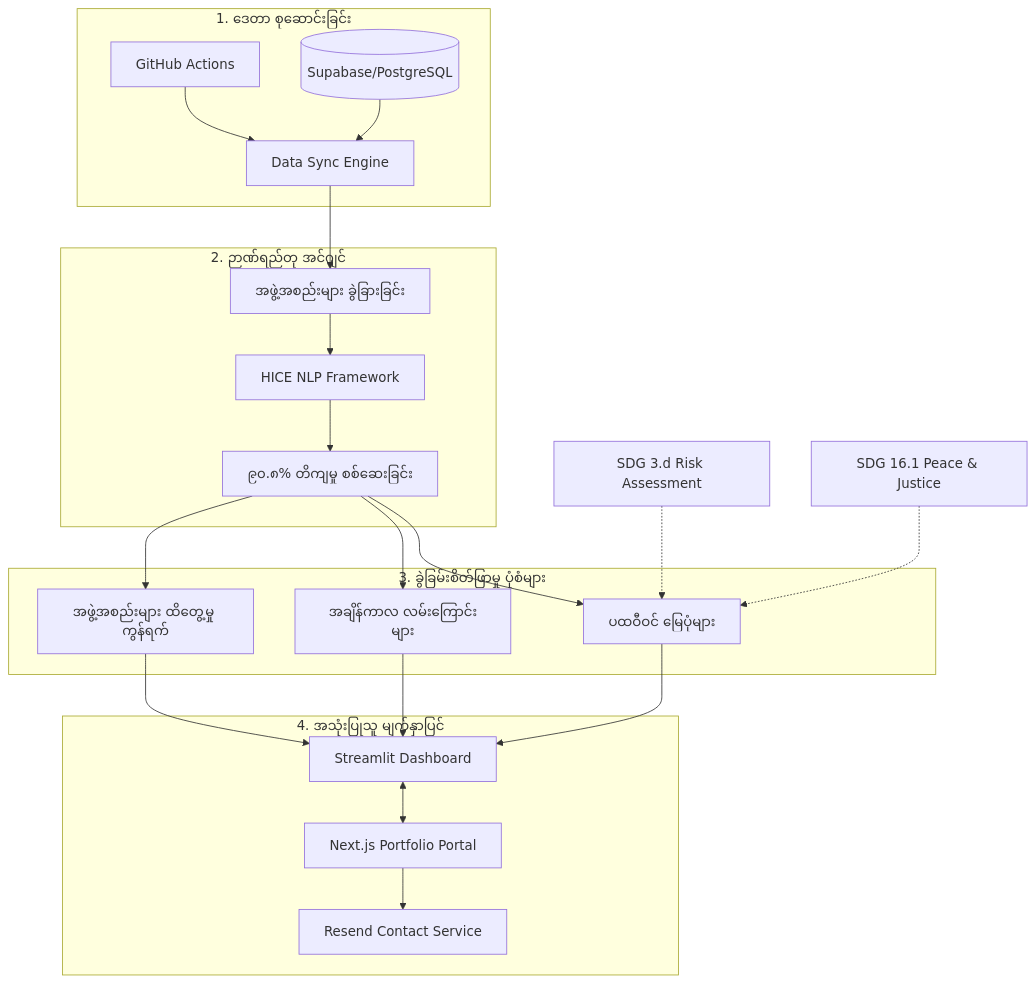
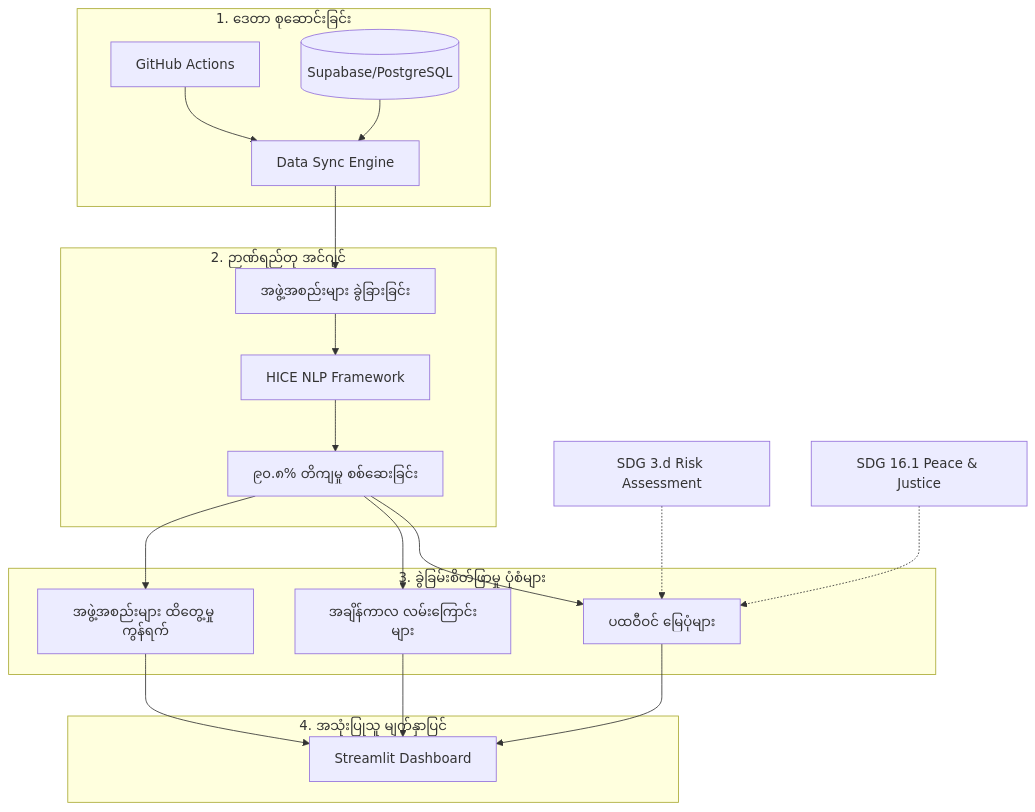
Before and after one commit to TainYanTun/Myanmar-conflict-observatory: the diagram in docs/myanmar_translation.md, drawn with Mermaid. The commit also changed other lines of this file and 2 other files, not shown here.

First line of the commit message:
docs(readme): Simplify system architecture diagram

````diff
--- a/docs/myanmar_translation.md
+++ b/docs/myanmar_translation.md
@@ -32,56 +32,52 @@
 ```mermaid
 flowchart TD
 
 %% Strategic Alignment
 SDG3[SDG 3.d Risk Assessment]
 SDG16[SDG 16.1 Peace & Justice]
 
 %% 1. Data Ingestion
 subgraph "1. ဒေတာ စုဆောင်းခြင်း"
     GHA[GitHub Actions]
     Sync[Data Sync Engine]
     Supabase[(Supabase/PostgreSQL)]
     
     GHA --> Sync
     Supabase --> Sync
 end
 
 %% 2. Intelligence Engine
 subgraph "2. ဉာဏ်ရည်တု အင်ဂျင်"
     Actor[အဖွဲ့အစည်းများ ခွဲခြားခြင်း]
     NLP[HICE NLP Framework]
     Validation[၉၀.၈% တိကျမှု စစ်ဆေးခြင်း]
 
     Sync --> Actor
     Actor --> NLP
     NLP --> Validation
 end
 
 %% 3. Analytical Models
 subgraph "3. ခွဲခြမ်းစိတ်ဖြာမှု ပုံစံများ"
     Geo[ပထဝီဝင် မြေပုံများ]
     Temp[အချိန်ကာလ လမ်းကြောင်းများ]
     Net[အဖွဲ့အစည်းများ ထိတွေ့မှု ကွန်ရက်]
 
     Validation --> Geo
     Validation --> Temp
     Validation --> Net
 end
 
 %% 4. Mission Control
 subgraph "4. အသုံးပြုသူ မျက်နှာပြင်"
     Dashboard[Streamlit Dashboard]
-    NextJS[Next.js Portfolio Portal]
-    Resend[Resend Contact Service]
 
     Geo --> Dashboard
     Temp --> Dashboard
     Net --> Dashboard
-    Dashboard <--> NextJS
-    NextJS --> Resend
 end
 
 %% Strategic influence
 SDG3 -.-> Geo
 SDG16 -.-> Geo
 ```
````
